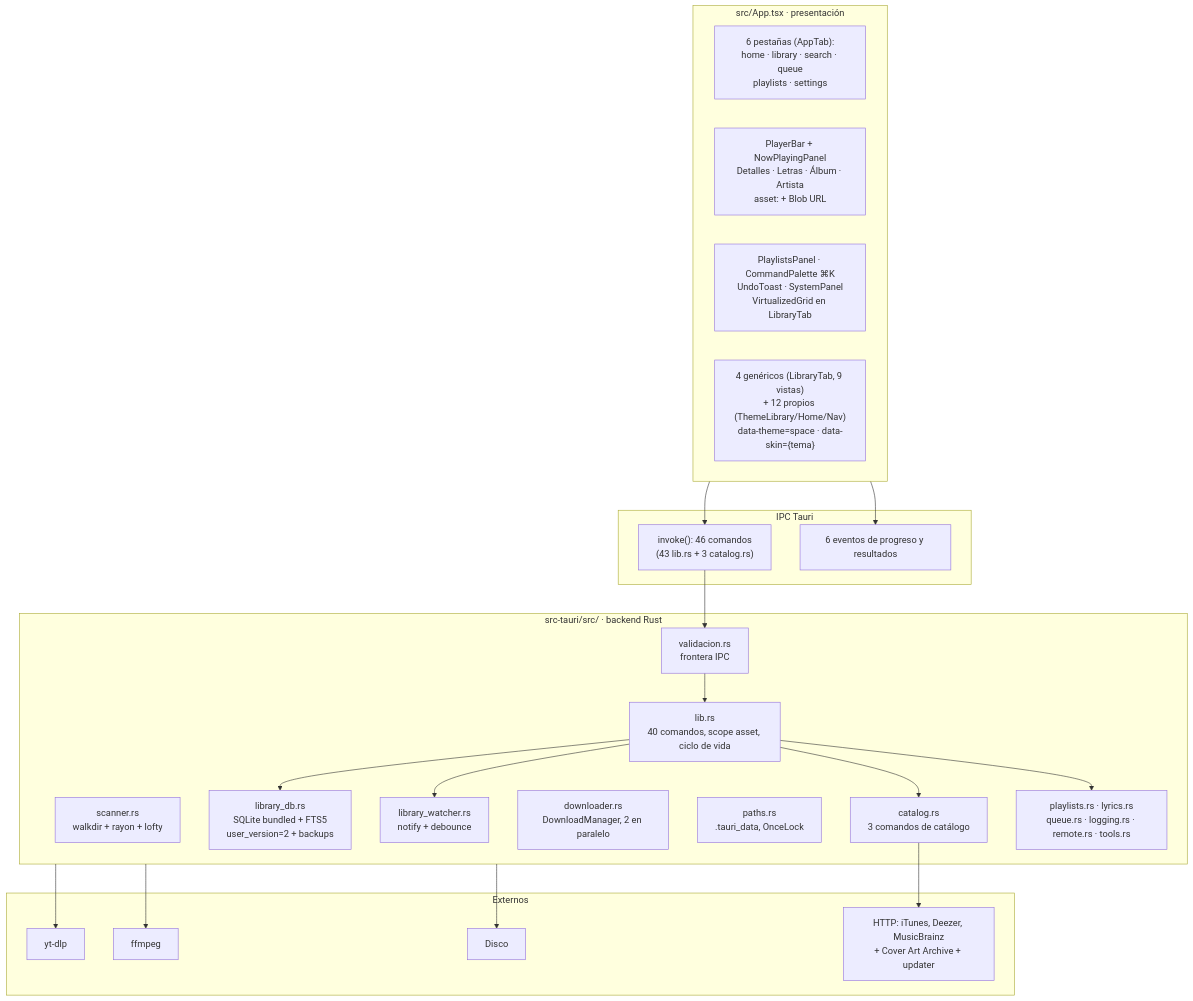
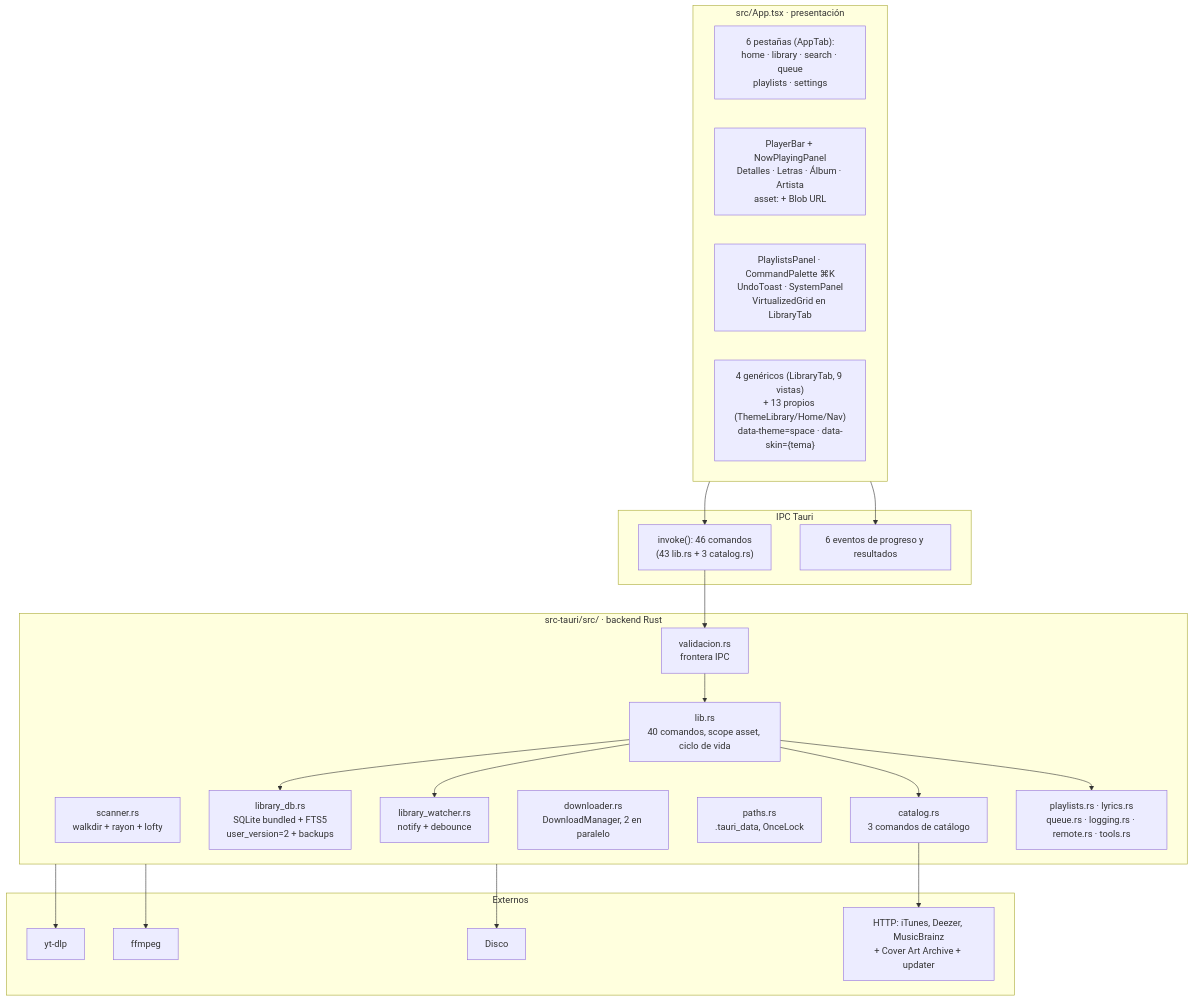
Before and after one commit to YordanoCS1/sakura-music: the second of 5 diagrams in docs/arquitectura.md, drawn with Mermaid. The commit also changed other lines of this file and 40 other files, not shown here.

Commit message:
feat: tema Manga con portadas a color y vistas propias

````diff
--- a/docs/arquitectura.md
+++ b/docs/arquitectura.md
@@ -28,46 +28,46 @@
 ```mermaid
 flowchart TB
     subgraph UI["src/App.tsx · presentación"]
         TABS["6 pestañas (AppTab):<br/>home · library · search · queue<br/>playlists · settings"]
         PLAYER["PlayerBar + NowPlayingPanel<br/>Detalles · Letras · Álbum · Artista<br/>asset: + Blob URL"]
         PANEL["PlaylistsPanel · CommandPalette ⌘K<br/>UndoToast · SystemPanel<br/>VirtualizedGrid en LibraryTab"]
-        THEME["4 genéricos (LibraryTab, 9 vistas)<br/>+ 12 propios (ThemeLibrary/Home/Nav)<br/>data-theme=space · data-skin={tema}"]
+        THEME["4 genéricos (LibraryTab, 9 vistas)<br/>+ 13 propios (ThemeLibrary/Home/Nav)<br/>data-theme=space · data-skin={tema}"]
     end
 
     subgraph IPC["IPC Tauri"]
         CMD["invoke(): 46 comandos<br/>(43 lib.rs + 3 catalog.rs)"]
         EVT["6 eventos de progreso y resultados"]
     end
 
     subgraph CORE["src-tauri/src/ · backend Rust"]
         SCAN["scanner.rs<br/>walkdir + rayon + lofty"]
         DB["library_db.rs<br/>SQLite bundled + FTS5<br/>user_version=2 + backups"]
         WATCH["library_watcher.rs<br/>notify + debounce"]
         DL["downloader.rs<br/>DownloadManager, 2 en paralelo"]
         PATH["paths.rs<br/>.tauri_data, OnceLock"]
         LIB["lib.rs<br/>40 comandos, scope asset, ciclo de vida"]
         CATALOG["catalog.rs<br/>3 comandos de catálogo"]
         VAL["validacion.rs<br/>frontera IPC"]
         PL["playlists.rs · lyrics.rs<br/>queue.rs · logging.rs · remote.rs · tools.rs"]
     end
 
     subgraph EXT["Externos"]
         YTDLP["yt-dlp"]
         FFMPEG["ffmpeg"]
         NET["HTTP: iTunes, Deezer, MusicBrainz<br/>+ Cover Art Archive + updater"]
         DISK["Disco"]
     end
 
     UI --> CMD
     UI --> EVT
     CMD --> VAL
     VAL --> LIB
     LIB --> DB
     LIB --> WATCH
     LIB --> CATALOG
     LIB --> PL
     CORE --> YTDLP
     CORE --> FFMPEG
     CATALOG --> NET
     CORE --> DISK
 ```
````
